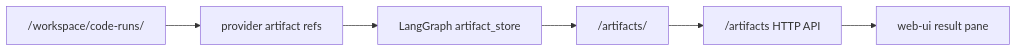
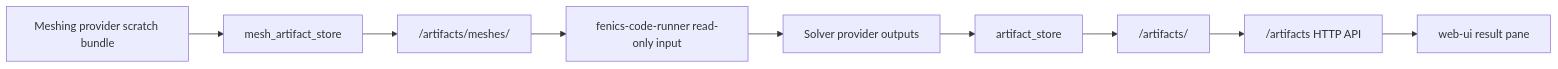
One commit to RadmirG/AES changed the fourth of 4 diagrams in mcp/providers/fenics/architecture.md. Above: the diagram before and after it, drawn with Mermaid. The commit also changed other lines of this file and 20 other files, not shown here.

````diff
--- a/mcp/providers/fenics/architecture.md
+++ b/mcp/providers/fenics/architecture.md
@@ -114,8 +117,11 @@
 ```mermaid
 flowchart LR
-    A["/workspace/code-runs/<run_id>"] --> B["provider artifact refs"]
-    B --> C["LangGraph artifact_store"]
-    C --> D["/artifacts/<aes_run_id>"]
-    D --> E["/artifacts HTTP API"]
-    E --> F["web-ui result pane"]
+    A["Meshing provider scratch bundle"] --> B["mesh_artifact_store"]
+    B --> C["/artifacts/meshes/<sha256>"]
+    C --> D["fenics-code-runner read-only input"]
+    D --> E["Solver provider outputs"]
+    E --> F["artifact_store"]
+    F --> G["/artifacts/<aes_run_id>"]
+    G --> H["/artifacts HTTP API"]
+    H --> I["web-ui result pane"]
 ```
````
